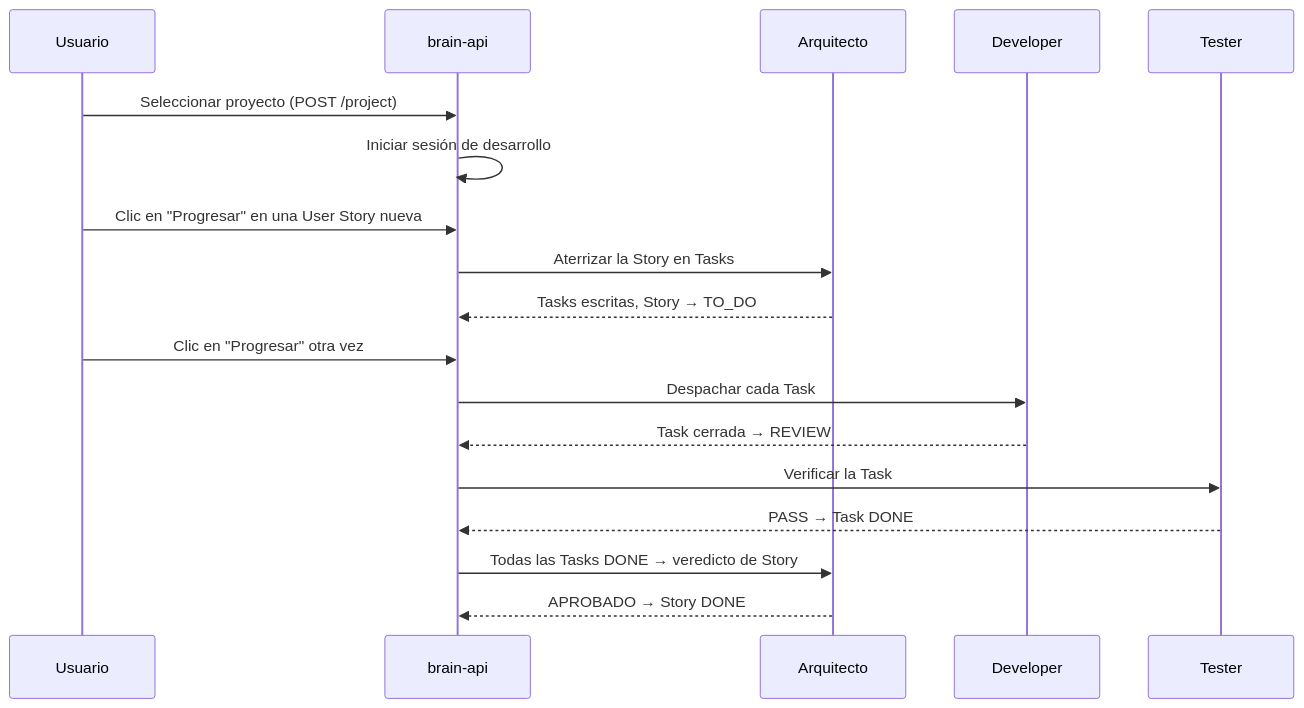
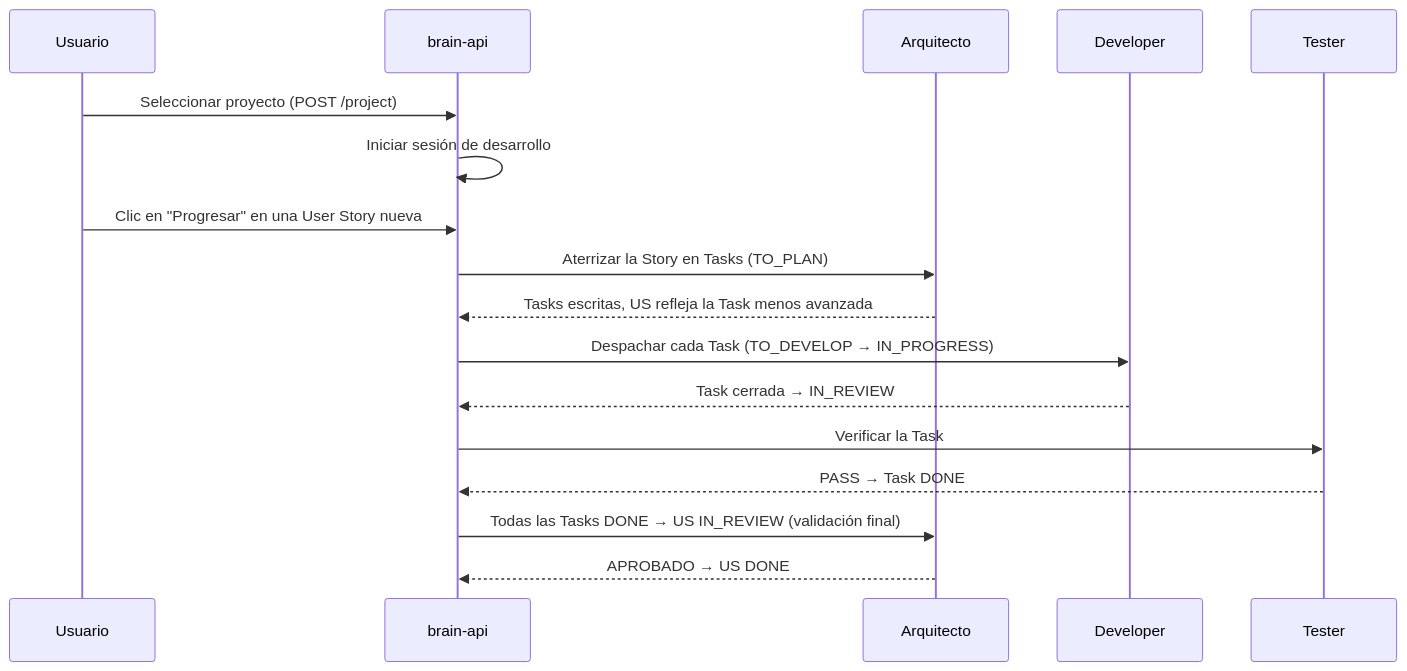
The diagram in docs/es/concepts.md (Yokosillo/atlas-forge), drawn with Mermaid before and after one commit. The commit also changed other lines of this file and 20 other files, not shown here.

````diff
--- a/docs/es/concepts.md
+++ b/docs/es/concepts.md
@@ -62,21 +62,20 @@
 ```mermaid
 sequenceDiagram
     participant U as Usuario
     participant B as brain-api
     participant A as Arquitecto
     participant D as Developer
     participant T as Tester
 
     U->>B: Seleccionar proyecto (POST /project)
     B->>B: Iniciar sesión de desarrollo
     U->>B: Clic en "Progresar" en una User Story nueva
-    B->>A: Aterrizar la Story en Tasks
-    A-->>B: Tasks escritas, Story → TO_DO
-    U->>B: Clic en "Progresar" otra vez
-    B->>D: Despachar cada Task
-    D-->>B: Task cerrada → REVIEW
+    B->>A: Aterrizar la Story en Tasks (TO_PLAN)
+    A-->>B: Tasks escritas, US refleja la Task menos avanzada
+    B->>D: Despachar cada Task (TO_DEVELOP → IN_PROGRESS)
+    D-->>B: Task cerrada → IN_REVIEW
     B->>T: Verificar la Task
     T-->>B: PASS → Task DONE
-    B->>A: Todas las Tasks DONE → veredicto de Story
-    A-->>B: APROBADO → Story DONE
+    B->>A: Todas las Tasks DONE → US IN_REVIEW (validación final)
+    A-->>B: APROBADO → US DONE
 ```
````
